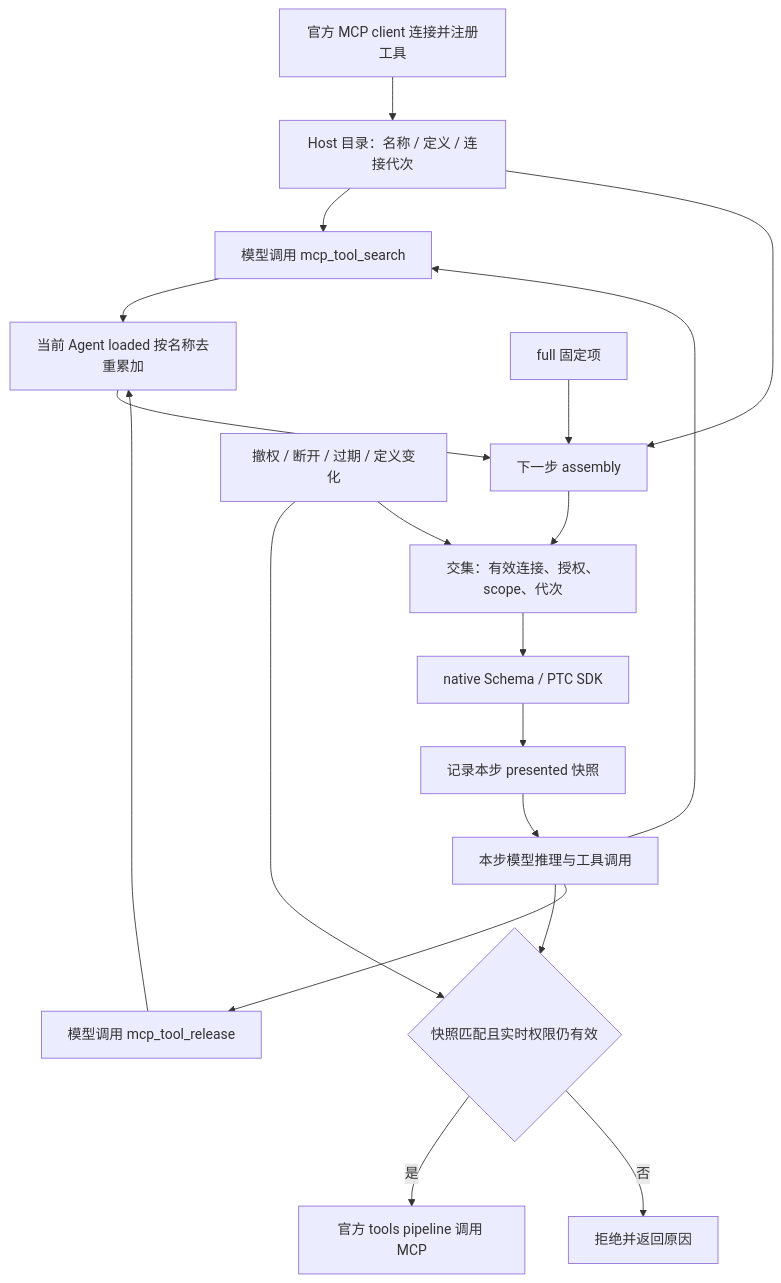
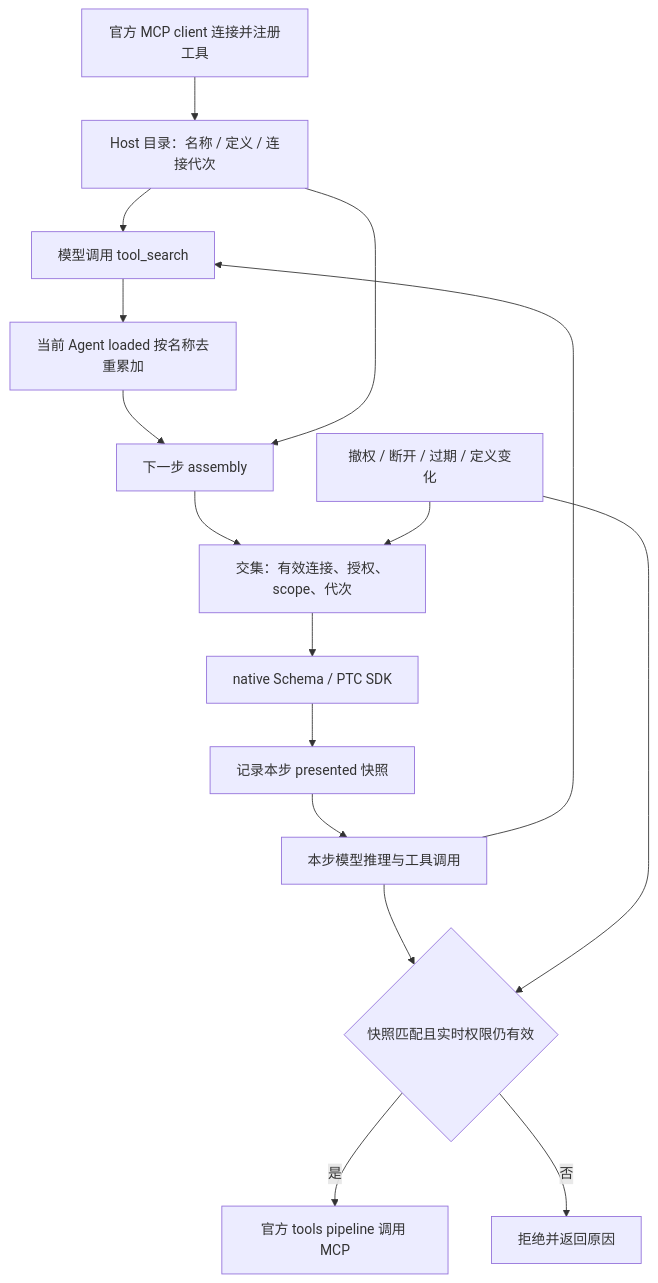
The diagram in docs/mcp-runtime-design.md (boe1900/owndsh), drawn with Mermaid before and after one commit. The commit also changed other lines of this file and 56 other files, not shown here.

````diff
--- a/docs/mcp-runtime-design.md
+++ b/docs/mcp-runtime-design.md
@@ -282,21 +254,18 @@
 ```mermaid
 flowchart TD
     A[官方 MCP client 连接并注册工具] --> C[Host 目录：名称 / 定义 / 连接代次]
-    C --> S[模型调用 mcp_tool_search]
+    C --> S[模型调用 tool_search]
     S --> L[当前 Agent loaded 按名称去重累加]
-    R[模型调用 mcp_tool_release] --> L
     L --> N[下一步 assembly]
     C --> N
-    F[full 固定项] --> N
     N --> V[交集：有效连接、授权、scope、代次]
     V --> P[native Schema / PTC SDK]
     P --> K[记录本步 presented 快照]
     K --> M[本步模型推理与工具调用]
     M --> G{快照匹配且实时权限仍有效}
     G -->|是| E[官方 tools pipeline 调用 MCP]
     G -->|否| D[拒绝并返回原因]
     M --> S
-    M --> R
     X[撤权 / 断开 / 过期 / 定义变化] --> G
     X --> V
 ```
````
